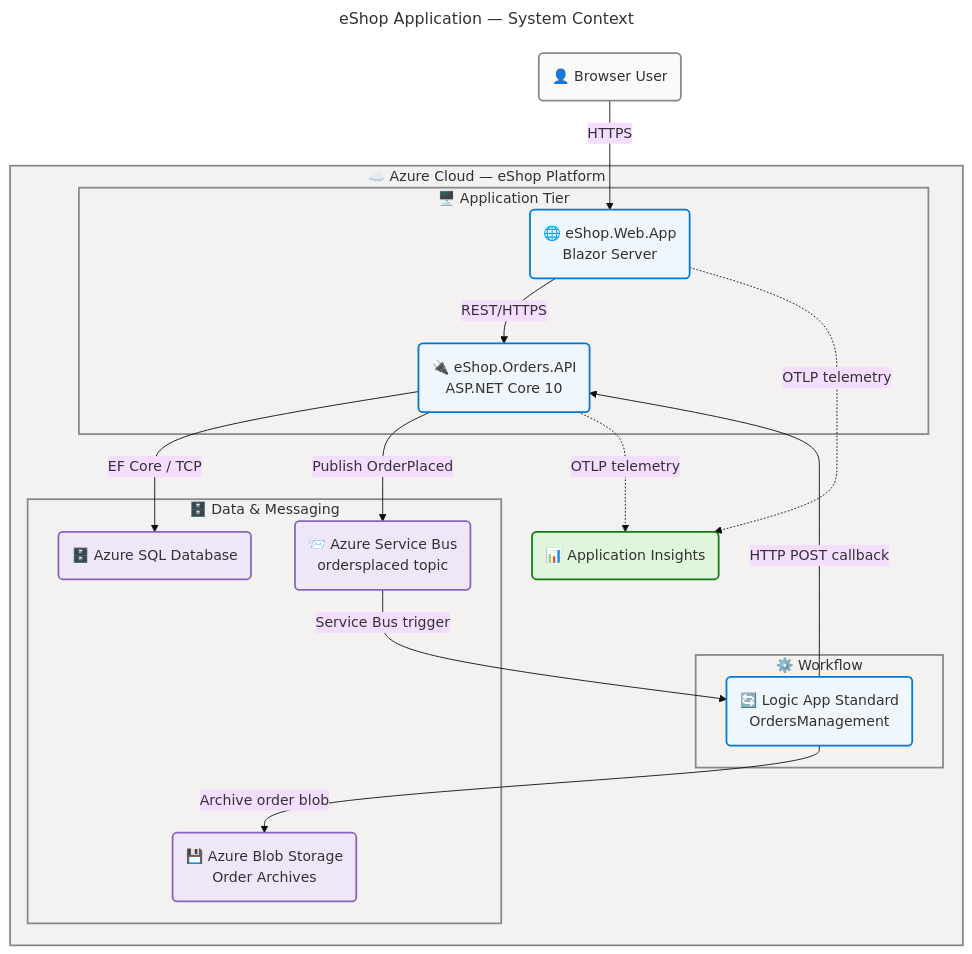
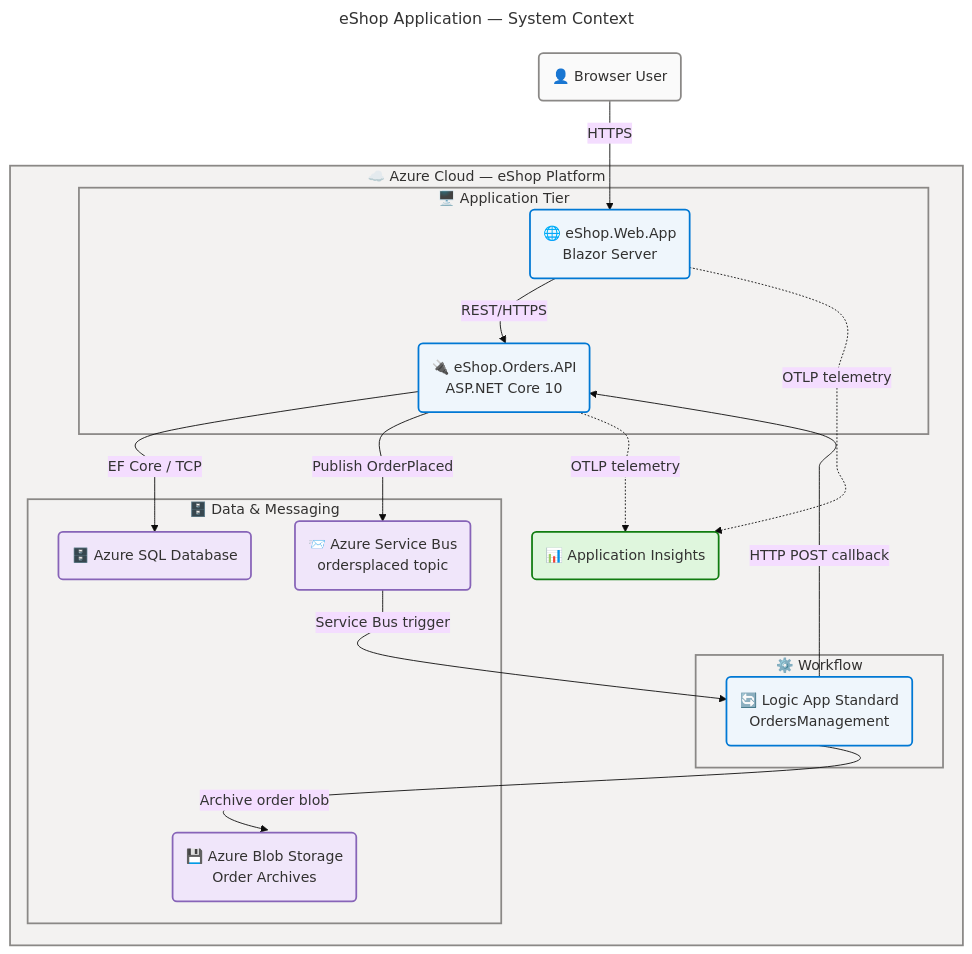
One commit to Evilazaro/Azure-LogicApps-Monitoring changed the first of 8 diagrams in docs/architecture/application-architecture.md. Above: the diagram before and after it, drawn with Mermaid. The commit also changed other lines of this file, not shown here.

Commit message:
Enhance Mermaid diagrams with improved label formatting and curve settings for better readability

````diff
--- a/docs/architecture/application-architecture.md
+++ b/docs/architecture/application-architecture.md
@@ -53,66 +53,67 @@
 ```mermaid
 ---
 title: eShop Application — System Context
 config:
   theme: base
   look: classic
   layout: dagre
   themeVariables:
     fontSize: '16px'
   flowchart:
     htmlLabels: true
+    curve: cardinal
 ---
 flowchart TB
     accTitle: eShop Application System Context Diagram
     accDescr: System context showing external users, the eShop Blazor frontend, Orders REST API, Azure infrastructure services, and the Logic App workflow worker. WCAG AA compliant.
 
     %% ═══════════════════════════════════════════════════════════════════════════
     %% AZURE / FLUENT ARCHITECTURE PATTERN v1.1
     %% (Semantic + Structural + Font + Accessibility Governance)
     %% ═══════════════════════════════════════════════════════════════════════════
     %% PHASE 1 - FLUENT UI: All styling uses approved Fluent UI palette only
     %% PHASE 2 - GROUPS: Every subgraph has semantic color via style directive
     %% PHASE 3 - COMPONENTS: Every node has semantic classDef + icon prefix
     %% PHASE 4 - ACCESSIBILITY: accTitle/accDescr present, WCAG AA contrast
     %% PHASE 5 - STANDARD: Governance block present, classDefs centralized
     %% ═══════════════════════════════════════════════════════════════════════════
 
     USR("👤 Browser User"):::neutral
 
     subgraph CLOUD["☁️ Azure Cloud — eShop Platform"]
         subgraph APPS["🖥️ Application Tier"]
-            WEB("🌐 eShop.Web.App\nBlazor Server"):::core
-            API("🔌 eShop.Orders.API\nASP.NET Core 10"):::core
+            WEB("🌐 eShop.Web.App<br>Blazor Server"):::core
+            API("🔌 eShop.Orders.API<br>ASP.NET Core 10"):::core
         end
         subgraph DATA["🗄️ Data & Messaging"]
             DB("🗄️ Azure SQL Database"):::data
-            SB("📨 Azure Service Bus\nordersplaced topic"):::data
-            BLOB("💾 Azure Blob Storage\nOrder Archives"):::data
+            SB("📨 Azure Service Bus<br>ordersplaced topic"):::data
+            BLOB("💾 Azure Blob Storage<br>Order Archives"):::data
         end
         subgraph WORKFLOW["⚙️ Workflow"]
-            LA("🔄 Logic App Standard\nOrdersManagement"):::core
+            LA("🔄 Logic App Standard<br>OrdersManagement"):::core
         end
         AI("📊 Application Insights"):::success
     end
 
     USR -->|"HTTPS"| WEB
     WEB -->|"REST/HTTPS"| API
     API -->|"EF Core / TCP"| DB
     API -->|"Publish OrderPlaced"| SB
     SB -->|"Service Bus trigger"| LA
     LA -->|"HTTP POST callback"| API
     LA -->|"Archive order blob"| BLOB
     API -.->|"OTLP telemetry"| AI
     WEB -.->|"OTLP telemetry"| AI
 
     style CLOUD fill:#F3F2F1,stroke:#8A8886,stroke-width:2px,color:#323130
     style APPS fill:#F3F2F1,stroke:#8A8886,stroke-width:2px,color:#323130
     style DATA fill:#F3F2F1,stroke:#8A8886,stroke-width:2px,color:#323130
     style WORKFLOW fill:#F3F2F1,stroke:#8A8886,stroke-width:2px,color:#323130
 
     %% Centralized classDefs
     classDef neutral fill:#FAFAFA,stroke:#8A8886,stroke-width:2px,color:#323130
     classDef core fill:#EFF6FC,stroke:#0078D4,stroke-width:2px,color:#323130
     classDef data fill:#F0E6FA,stroke:#8764B8,stroke-width:2px,color:#323130
     classDef success fill:#DFF6DD,stroke:#107C10,stroke-width:2px,color:#323130
 ```
````
